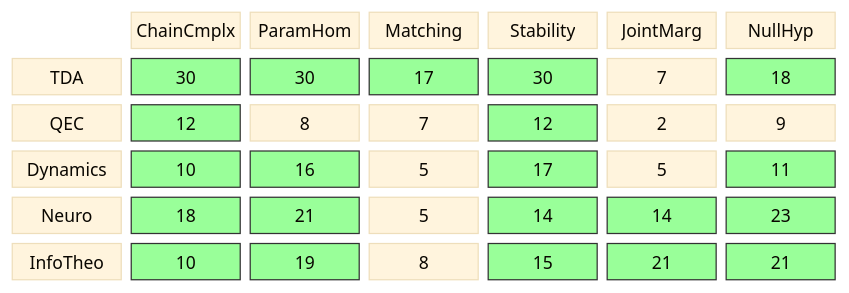
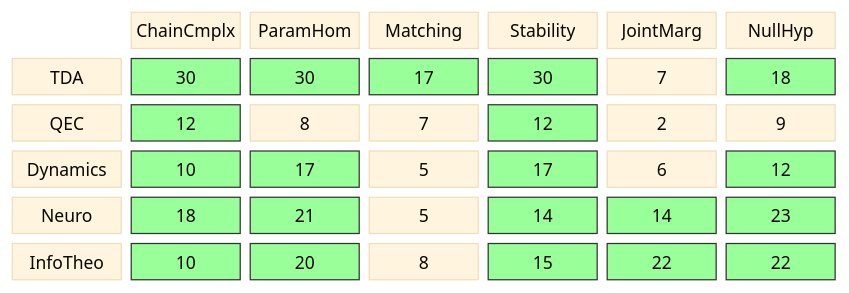
Before and after one commit to musicofhel/topoyolo: the diagram in diagrams/coverage-matrix.md, drawn with Mermaid. The commit also changed other lines of this file and 9 other files, not shown here.

````diff
--- a/diagrams/coverage-matrix.md
+++ b/diagrams/coverage-matrix.md
@@ -21,34 +21,34 @@
 ```mermaid
 %%{init: {'theme': 'base', 'themeVariables': {'fontSize': '14px'}}}%%
 block-beta
   columns 7
 
   space:1 CC["ChainCmplx"] PH["ParamHom"] MA["Matching"] ST["Stability"] JM["JointMarg"] NH["NullHyp"]
 
   TDA["TDA"] TDA_CC["30"] TDA_PH["30"] TDA_MA["17"] TDA_ST["30"] TDA_JM["7"] TDA_NH["18"]
   QEC["QEC"] QEC_CC["12"] QEC_PH["8"] QEC_MA["7"] QEC_ST["12"] QEC_JM["2"] QEC_NH["9"]
-  DYN["Dynamics"] DYN_CC["10"] DYN_PH["16"] DYN_MA["5"] DYN_ST["17"] DYN_JM["5"] DYN_NH["11"]
+  DYN["Dynamics"] DYN_CC["10"] DYN_PH["17"] DYN_MA["5"] DYN_ST["17"] DYN_JM["6"] DYN_NH["12"]
   NEU["Neuro"] NEU_CC["18"] NEU_PH["21"] NEU_MA["5"] NEU_ST["14"] NEU_JM["14"] NEU_NH["23"]
-  IT["InfoTheo"] IT_CC["10"] IT_PH["19"] IT_MA["8"] IT_ST["15"] IT_JM["21"] IT_NH["21"]
+  IT["InfoTheo"] IT_CC["10"] IT_PH["20"] IT_MA["8"] IT_ST["15"] IT_JM["22"] IT_NH["22"]
   style TDA_CC fill:#9f9,stroke:#333
   style TDA_PH fill:#9f9,stroke:#333
   style TDA_MA fill:#9f9,stroke:#333
   style TDA_ST fill:#9f9,stroke:#333
   style TDA_NH fill:#9f9,stroke:#333
   style QEC_CC fill:#9f9,stroke:#333
   style QEC_ST fill:#9f9,stroke:#333
   style DYN_CC fill:#9f9,stroke:#333
   style DYN_PH fill:#9f9,stroke:#333
   style DYN_ST fill:#9f9,stroke:#333
   style DYN_NH fill:#9f9,stroke:#333
   style NEU_CC fill:#9f9,stroke:#333
   style NEU_PH fill:#9f9,stroke:#333
   style NEU_ST fill:#9f9,stroke:#333
   style NEU_JM fill:#9f9,stroke:#333
   style NEU_NH fill:#9f9,stroke:#333
   style IT_CC fill:#9f9,stroke:#333
   style IT_PH fill:#9f9,stroke:#333
   style IT_ST fill:#9f9,stroke:#333
   style IT_JM fill:#9f9,stroke:#333
   style IT_NH fill:#9f9,stroke:#333
 ```
````
